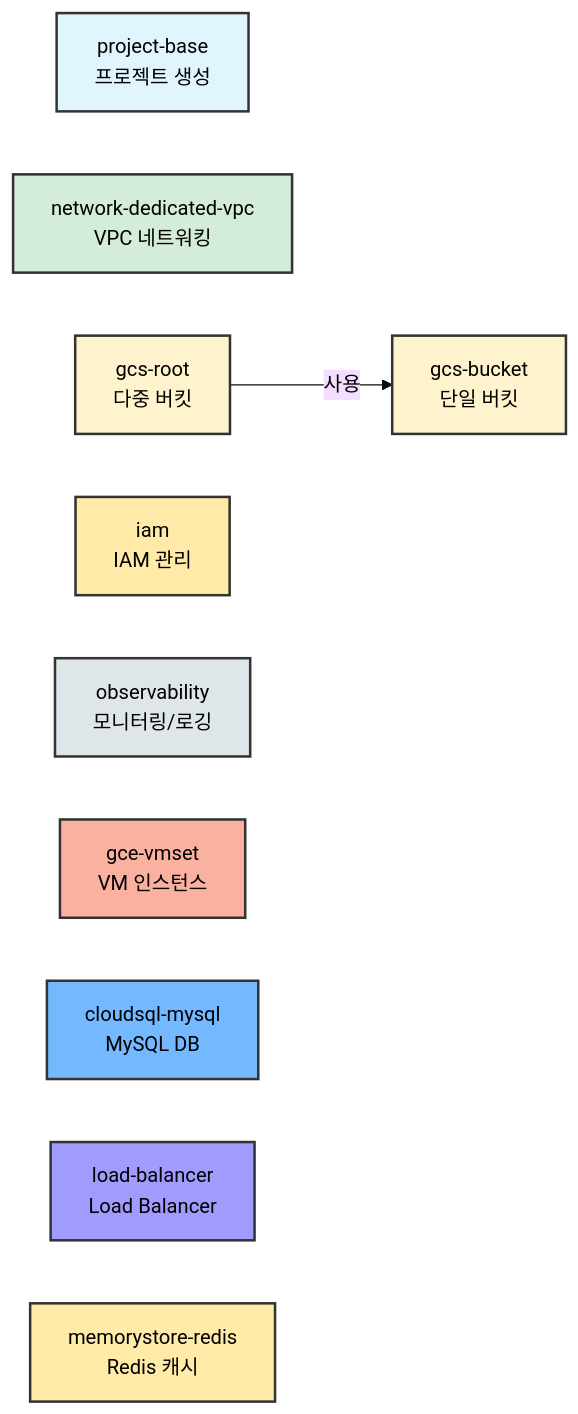
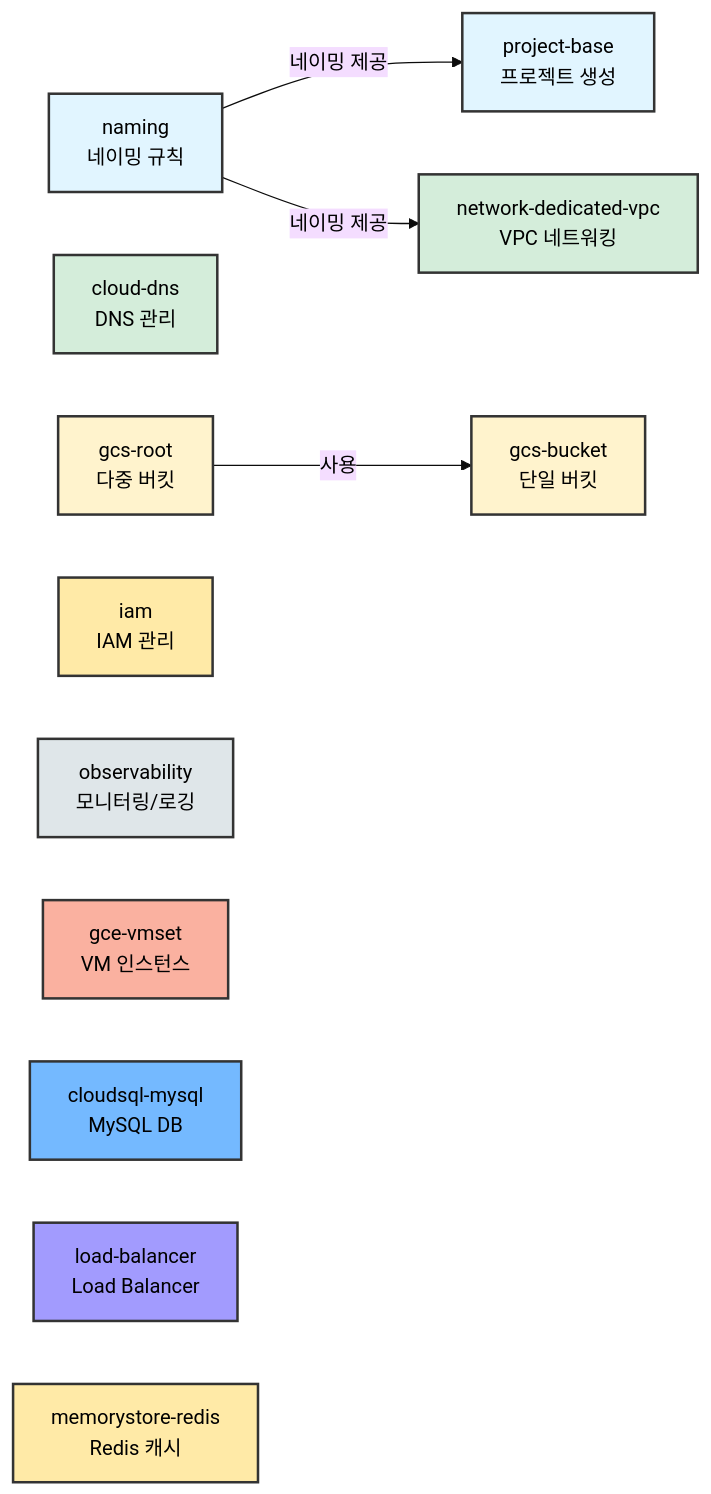
The fourth of 9 diagrams in terraform_gcp_infra/docs/architecture/diagrams.md (JSJ2337/GCP_terraform_code), drawn with Mermaid before and after one commit. The commit also changed other lines of this file and 2 other files, not shown here.

First line of the commit message:
docs: 14차-20차 검토 - Mermaid 다이어그램 변환 및 누락 레이어/모듈 추가

````diff
--- a/terraform_gcp_infra/docs/architecture/diagrams.md
+++ b/terraform_gcp_infra/docs/architecture/diagrams.md
@@ -208,27 +225,33 @@
 ```mermaid
 %%{init: {'theme': 'base', 'themeVariables': { 'primaryTextColor': '#000000' }}}%%
 graph LR
+    M0[naming<br/>네이밍 규칙]
     M1[project-base<br/>프로젝트 생성]
     M2[network-dedicated-vpc<br/>VPC 네트워킹]
+    M2_DNS[cloud-dns<br/>DNS 관리]
     M3[gcs-root<br/>다중 버킷]
     M4[gcs-bucket<br/>단일 버킷]
     M5[iam<br/>IAM 관리]
     M6[observability<br/>모니터링/로깅]
     M7[gce-vmset<br/>VM 인스턴스]
     M8[cloudsql-mysql<br/>MySQL DB]
     M9[load-balancer<br/>Load Balancer]
     M10[memorystore-redis<br/>Redis 캐시]
 
+    M0 -->|네이밍 제공| M1
+    M0 -->|네이밍 제공| M2
     M3 -->|사용| M4
 
+    style M0 fill:#e1f5ff,stroke:#333,stroke-width:2px
     style M1 fill:#e1f5ff,stroke:#333,stroke-width:2px
     style M2 fill:#d4edda,stroke:#333,stroke-width:2px
+    style M2_DNS fill:#d4edda,stroke:#333,stroke-width:2px
     style M3 fill:#fff3cd,stroke:#333,stroke-width:2px
     style M4 fill:#fff3cd,stroke:#333,stroke-width:2px
     style M5 fill:#ffeaa7,stroke:#333,stroke-width:2px
     style M6 fill:#dfe6e9,stroke:#333,stroke-width:2px
     style M7 fill:#fab1a0,stroke:#333,stroke-width:2px
     style M8 fill:#74b9ff,stroke:#333,stroke-width:2px
     style M9 fill:#a29bfe,stroke:#333,stroke-width:2px
     style M10 fill:#ffeaa7,stroke:#333,stroke-width:2px
 ```
````
